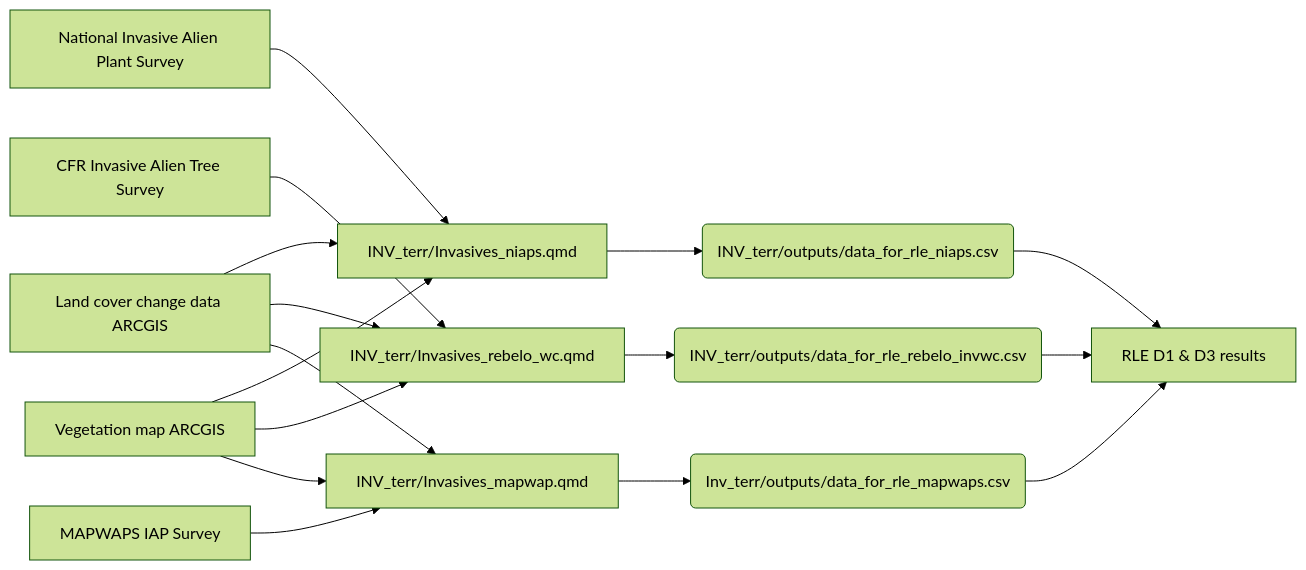
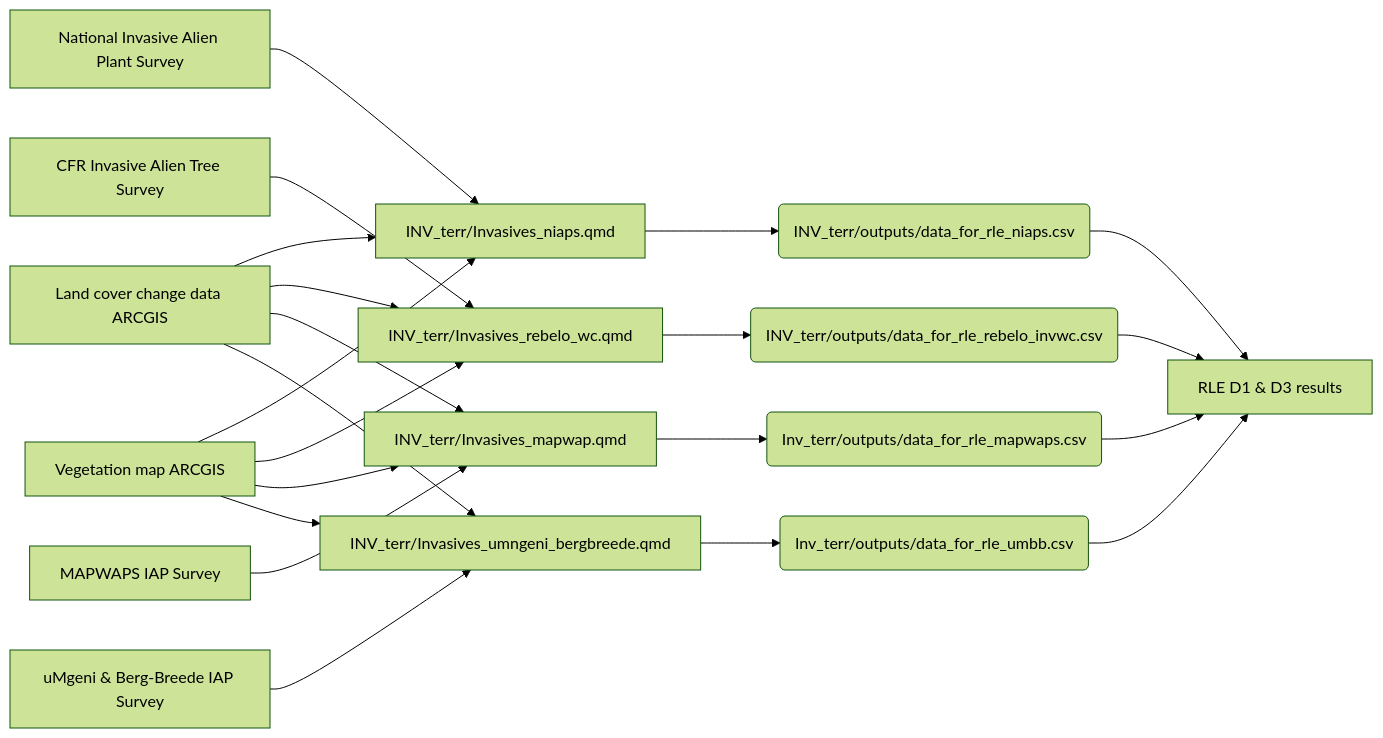
Before and after one commit to askowno/INV_terr: the diagram in README.md, drawn with Mermaid (forest theme). The commit also changed other lines of this file and 7 other files, not shown here.

````diff
--- a/README.md
+++ b/README.md
@@ -21,12 +21,15 @@
 ``` mermaid
 flowchart LR; 
 A[Land cover change data ARCGIS] --> B[INV_terr/Invasives_niaps.qmd] --> C(INV_terr/outputs/data_for_rle_niaps.csv) --> D[RLE D1 & D3 results]; 
 E[National Invasive Alien Plant Survey] --> B; 
 F[Vegetation map ARCGIS] --> B; 
 G[CFR Invasive Alien Tree Survey] --> H[INV_terr/Invasives_rebelo_wc.qmd] --> I(INV_terr/outputs/data_for_rle_rebelo_invwc.csv) --> D; 
 A --> H; 
 F --> H;
 A --> J;
 F --> J;
 K[MAPWAPS IAP Survey] --> J[INV_terr/Invasives_mapwap.qmd] --> L(Inv_terr/outputs/data_for_rle_mapwaps.csv) --> D;
+A --> N; 
+F --> N;
+M[uMgeni & Berg-Breede IAP Survey] --> N[INV_terr/Invasives_umngeni_bergbreede.qmd] --> O(Inv_terr/outputs/data_for_rle_umbb.csv) --> D; 
 ```
````
